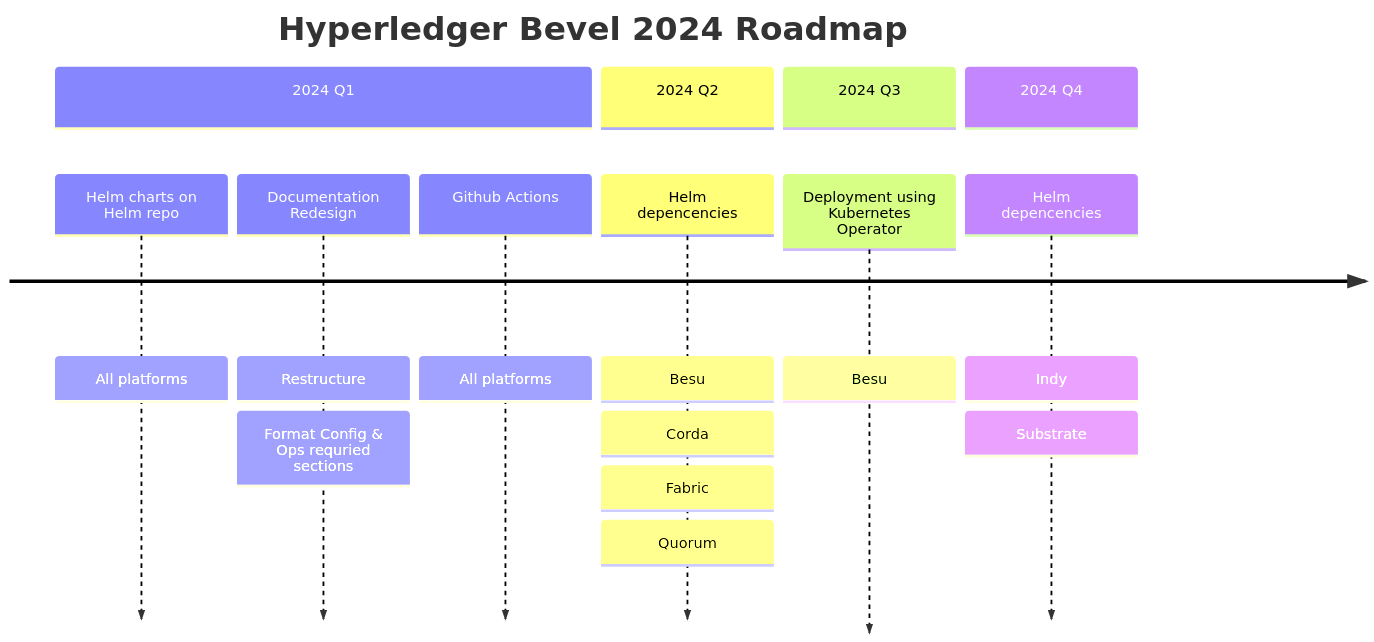
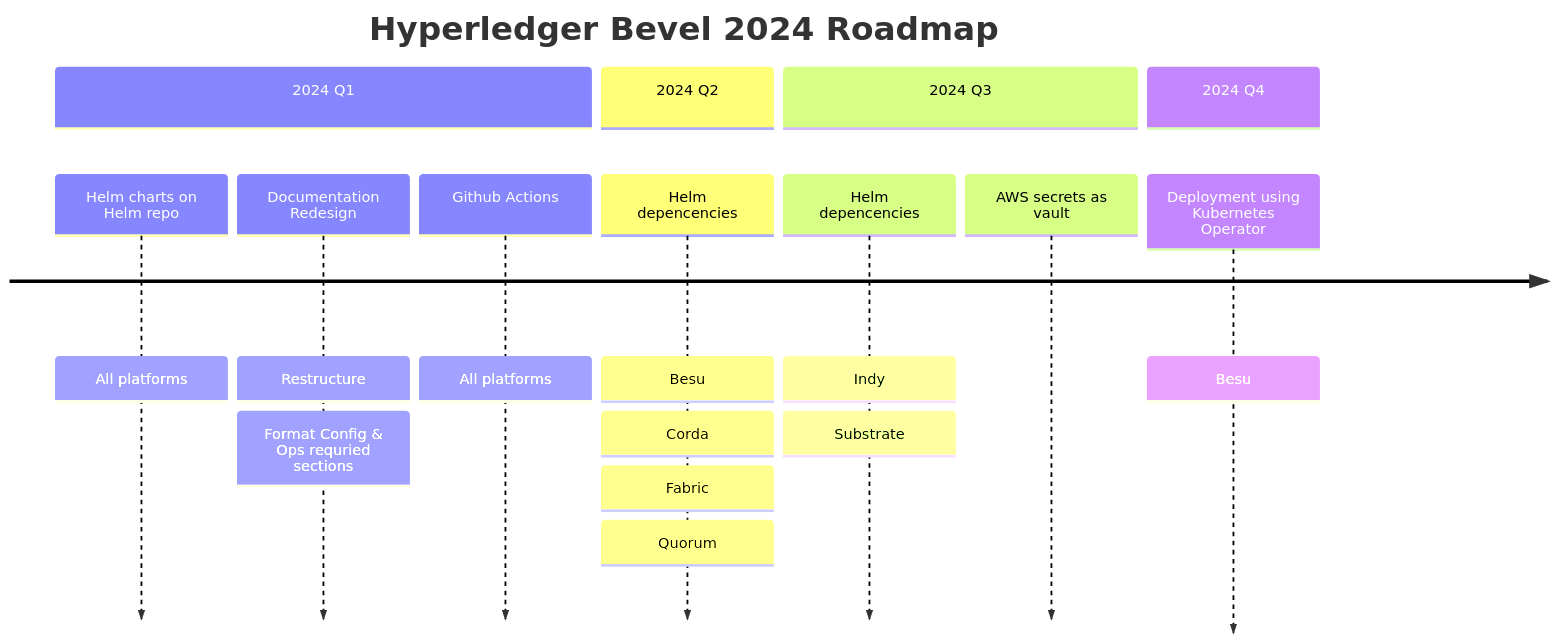
One commit to hyperledger/bevel changed the diagram in docs/source/references/roadmap.md. Above: the diagram before and after it, drawn with Mermaid. The commit also changed other lines of this file, not shown here.

Commit message:
Update roadmap

````diff
--- a/docs/source/references/roadmap.md
+++ b/docs/source/references/roadmap.md
@@ -3,27 +3,28 @@
 ``` mermaid
 timeline
     title Hyperledger Bevel 2024 Roadmap
     section 2024 Q1
         Helm charts on Helm repo 
             : All platforms
         Documentation Redesign 
             : Restructure 
             : Format Config & Ops requried sections
         Github Actions 
             : All platforms
     section 2024 Q2
         Helm depencencies 
             : Besu
             : Corda 
             : Fabric
             : Quorum
     section 2024 Q3
-        Deployment using Kubernetes Operator
-            : Besu
-    section 2024 Q4
         Helm depencencies 
             : Indy
             : Substrate
+        AWS secrets as vault
+    section 2024 Q4
+        Deployment using Kubernetes Operator
+            : Besu
 
 
 ```
````
